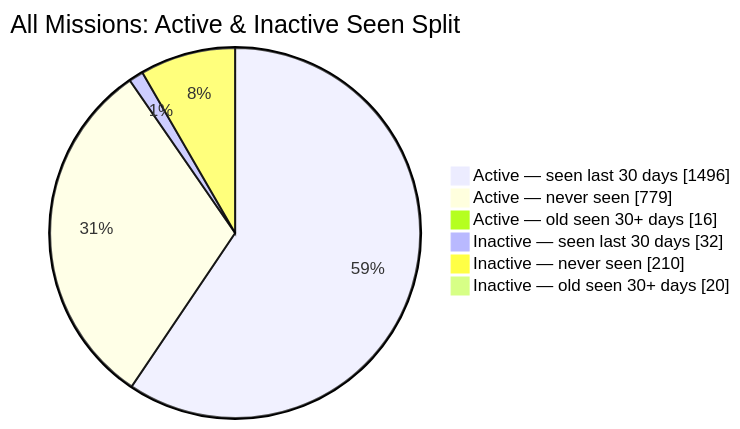
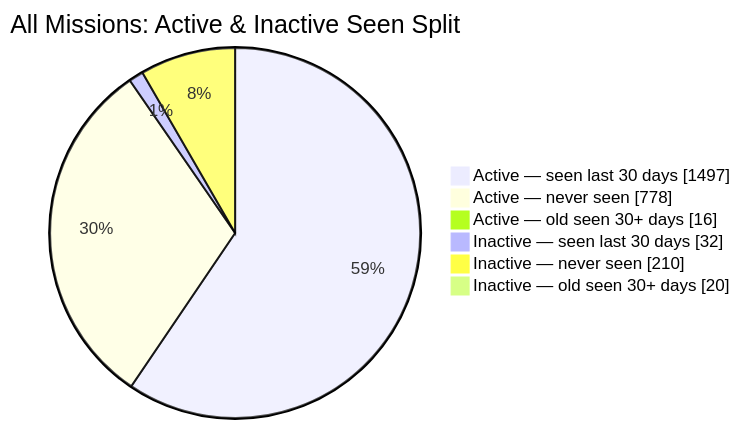
One commit to MeldkamerspelGameTeam/active-missions changed the second of 2 diagrams in README.md. Above: the diagram before and after it, drawn with Mermaid. The commit also changed other lines of this file and 3 other files, not shown here.

````diff
--- a/README.md
+++ b/README.md
@@ -44,10 +44,10 @@
 ```mermaid
 pie showData
     title All Missions: Active & Inactive Seen Split
-    "Active — seen last 30 days" : 1496
-    "Active — never seen" : 779
+    "Active — seen last 30 days" : 1497
+    "Active — never seen" : 778
     "Active — old seen 30+ days" : 16
     "Inactive — seen last 30 days" : 32
     "Inactive — never seen" : 210
     "Inactive — old seen 30+ days" : 20
 ```
````
